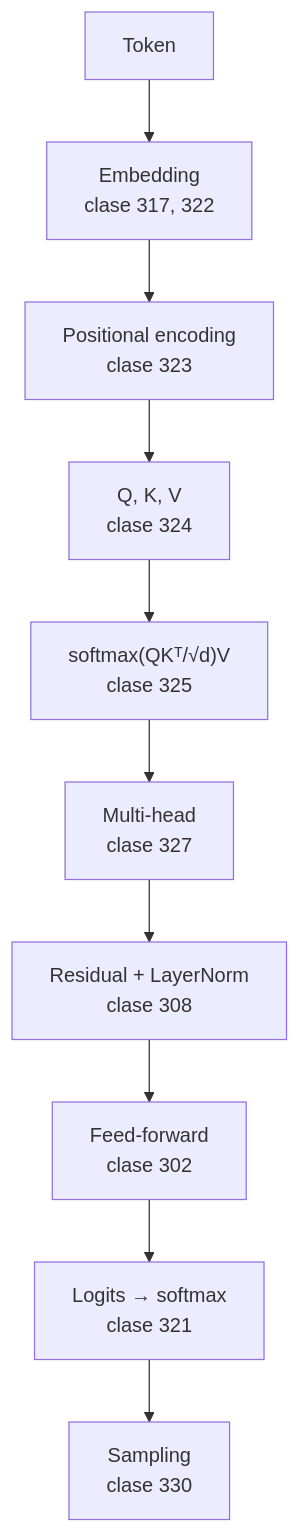
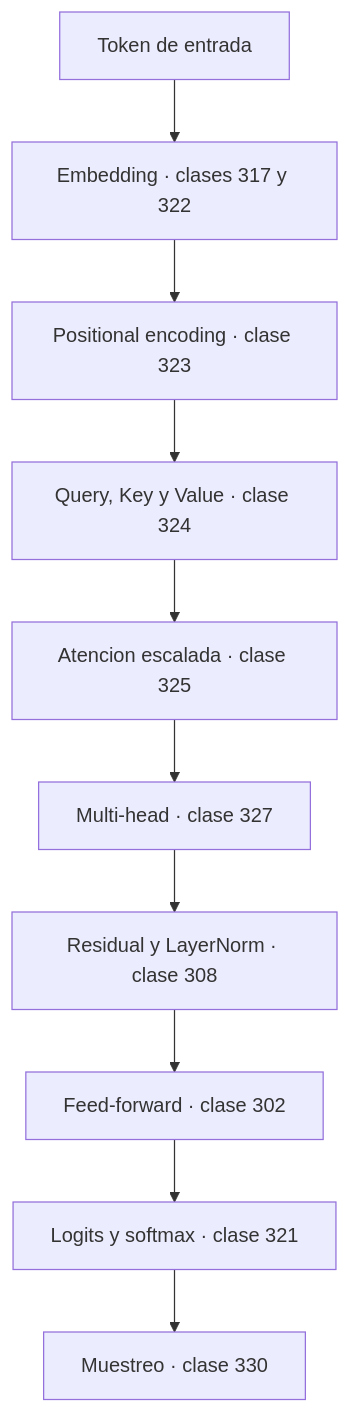
The diagram in docs/AI_MATHEMATICS_MAP.md (vladimiracunadev-create/computational-mathematics-program), drawn with Mermaid before and after one commit. The commit also changed 389 other files, not shown here.

First line of the commit message:
fix(diagramas): elimina el HTML de las etiquetas Mermaid

````diff
--- a/docs/AI_MATHEMATICS_MAP.md
+++ b/docs/AI_MATHEMATICS_MAP.md
@@ -17,12 +17,12 @@
 ```mermaid
 flowchart TD
-    T["Token"] --> E["Embedding<br/>clase 317, 322"]
-    E --> P["Positional encoding<br/>clase 323"]
-    P --> QKV["Q, K, V<br/>clase 324"]
-    QKV --> A["softmax(QKᵀ/√d)V<br/>clase 325"]
-    A --> MH["Multi-head<br/>clase 327"]
-    MH --> R["Residual + LayerNorm<br/>clase 308"]
-    R --> FF["Feed-forward<br/>clase 302"]
-    FF --> L["Logits → softmax<br/>clase 321"]
-    L --> S["Sampling<br/>clase 330"]
+    T["Token de entrada"] --> E["Embedding · clases 317 y 322"]
+    E --> P["Positional encoding · clase 323"]
+    P --> QKV["Query, Key y Value · clase 324"]
+    QKV --> A["Atencion escalada · clase 325"]
+    A --> MH["Multi-head · clase 327"]
+    MH --> R["Residual y LayerNorm · clase 308"]
+    R --> FF["Feed-forward · clase 302"]
+    FF --> L["Logits y softmax · clase 321"]
+    L --> S["Muestreo · clase 330"]
 ```
````
